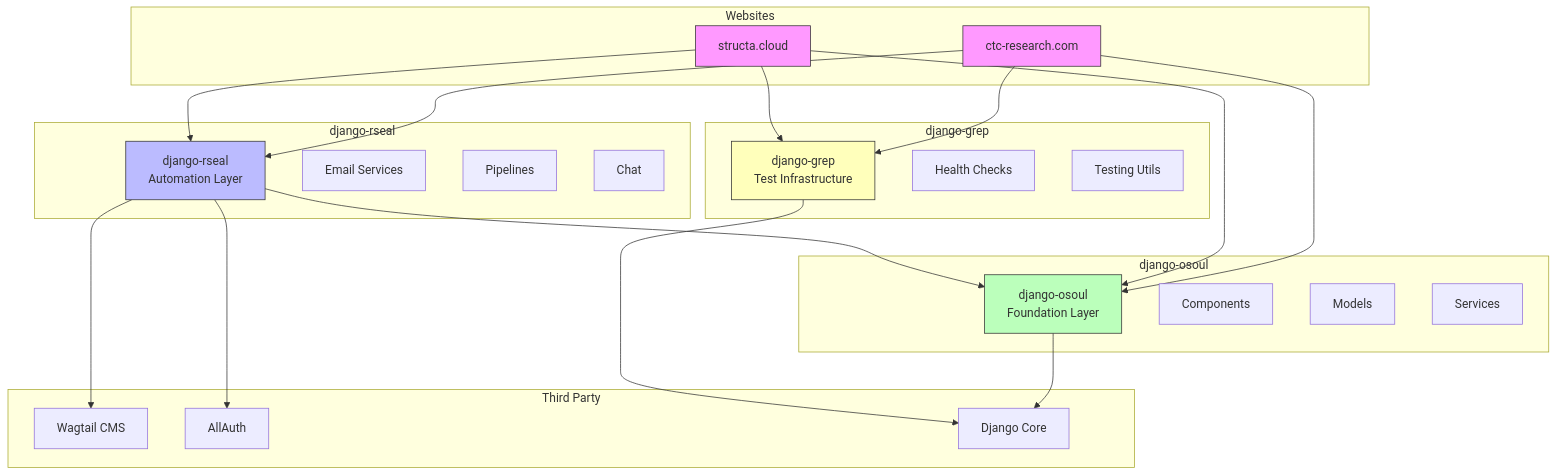
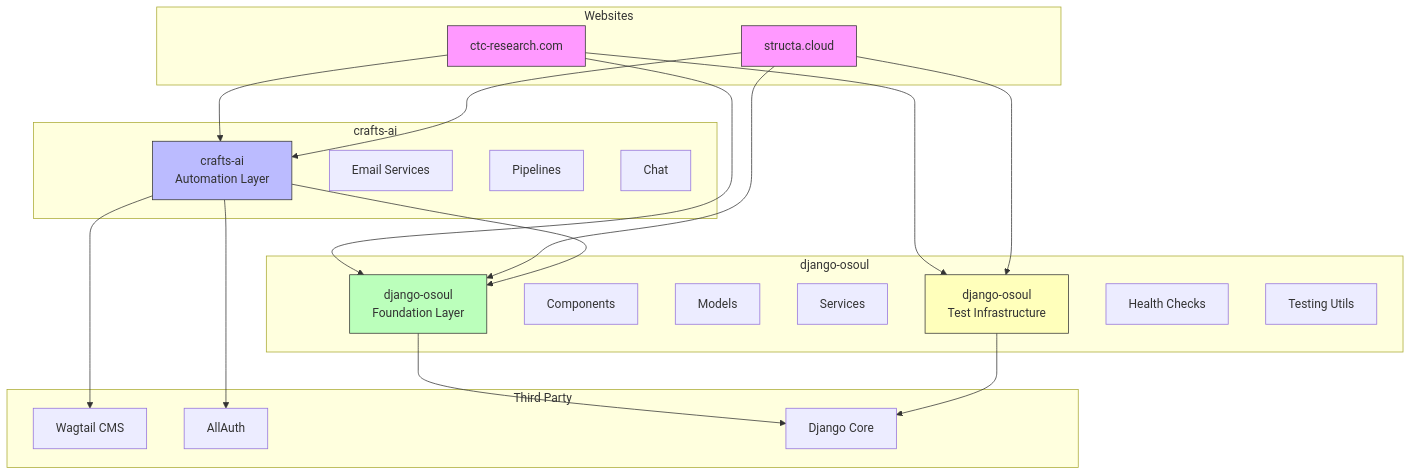
The diagram in docs/ecosystem/architecture/diagrams/system-overview.mmd (mammhoud/django-fusion), drawn with Mermaid before and after one commit. The commit also changed other lines of this file and 1481 other files, not shown here.

````diff
--- a/docs/ecosystem/architecture/diagrams/system-overview.mmd
+++ b/docs/ecosystem/architecture/diagrams/system-overview.mmd
@@ -3,54 +3,54 @@
 ```mermaid
 graph TB
     subgraph "Websites"
         CTC[ctc-research.com]
         STRUCTA[structa.cloud]
     end
 
-    subgraph "django-rseal"
-        RSEAL[django-rseal<br/>Automation Layer]
+    subgraph "crafts-ai"
+        RSEAL[crafts-ai<br/>Automation Layer]
         EMAIL[Email Services]
         PIPELINES[Pipelines]
         CHAT[Chat]
     end
 
     subgraph "django-osoul"
         OSOUL[django-osoul<br/>Foundation Layer]
         COMP[Components]
         MODELS[Models]
         SERVICES[Services]
     end
 
-    subgraph "django-grep"
-        GREP[django-grep<br/>Test Infrastructure]
+    subgraph "django-osoul"
+        GREP[django-osoul<br/>Test Infrastructure]
         HEALTH[Health Checks]
         TESTS[Testing Utils]
     end
 
     subgraph "Third Party"
         WAGTAIL[Wagtail CMS]
         ALLAUTH[AllAuth]
         DJANGO[Django Core]
     end
 
     CTC --> RSEAL
     STRUCTA --> RSEAL
     CTC --> OSOUL
     STRUCTA --> OSOUL
     CTC --> GREP
     STRUCTA --> GREP
 
     RSEAL --> OSOUL
     RSEAL --> WAGTAIL
     RSEAL --> ALLAUTH
 
     OSOUL --> DJANGO
 
     GREP --> DJANGO
 
     style CTC fill:#f9f,stroke:#333
     style STRUCTA fill:#f9f,stroke:#333
     style RSEAL fill:#bbf,stroke:#333
     style OSOUL fill:#bfb,stroke:#333
     style GREP fill:#ffb,stroke:#333
 ```
````
